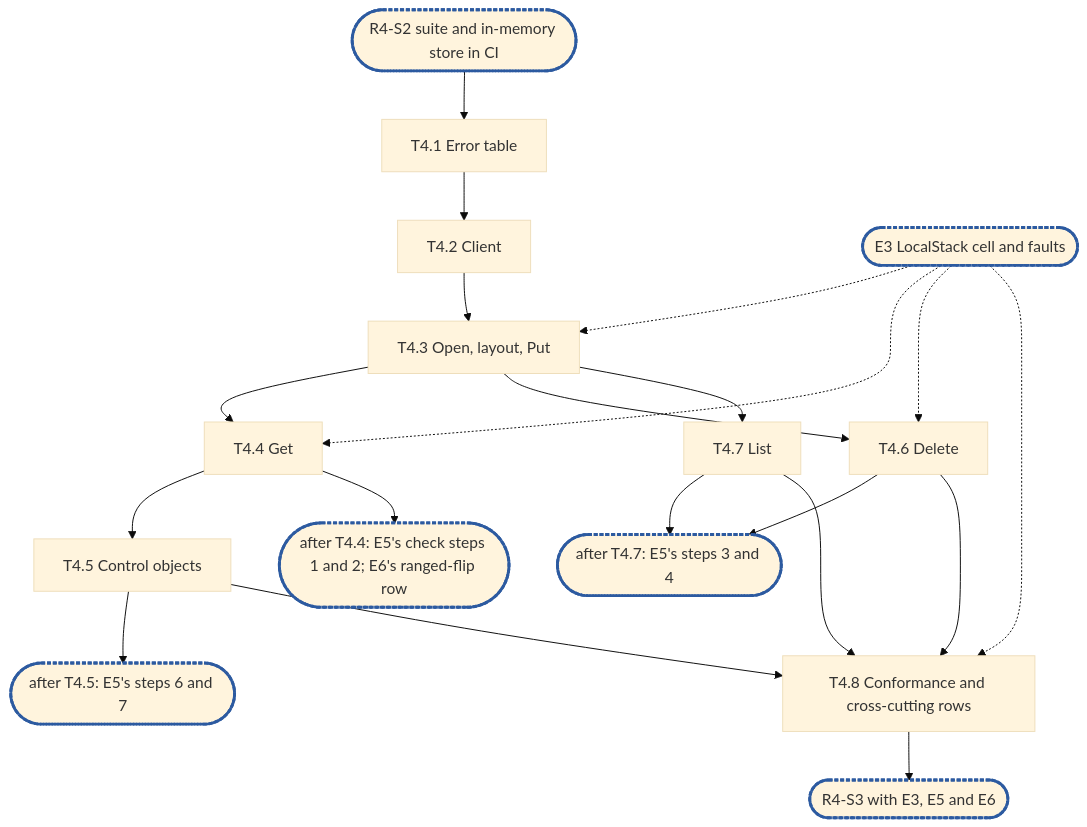
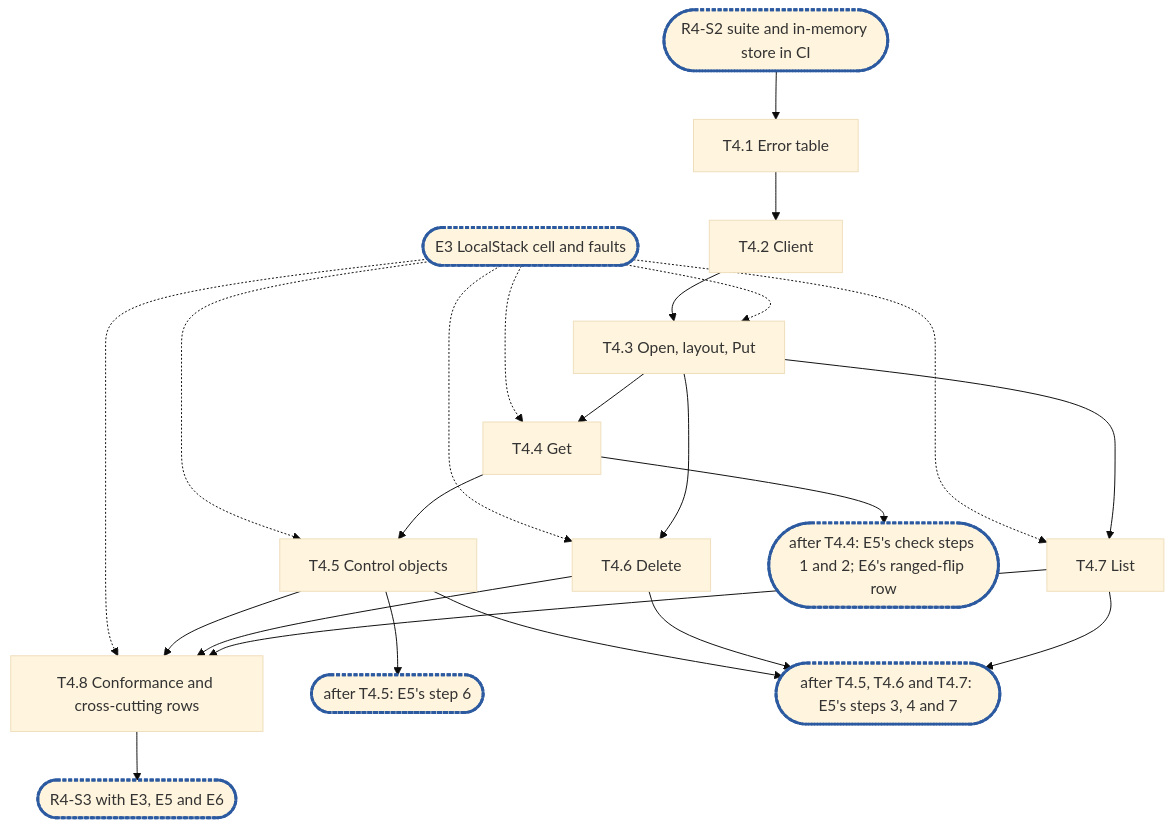
One commit to cubbit/dittofs changed the diagram in .planning/rfc-4-remote-tier-epic4.md. Above: the diagram before and after it, drawn with Mermaid (base theme). The commit also changed other lines of this file, not shown here.

````diff
--- a/.planning/rfc-4-remote-tier-epic4.md
+++ b/.planning/rfc-4-remote-tier-epic4.md
@@ -662,17 +708,17 @@
 ```mermaid
 flowchart TD
   S2(["R4-S2 suite and in-memory store in CI"]):::sync --> T4_1["T4.1 Error table"]
   T4_1 --> T4_2["T4.2 Client"]
   T4_2 --> T4_3["T4.3 Open, layout, Put"]
-  E3(["E3 LocalStack cell and faults"]):::sync -.-> T4_3 & T4_4 & T4_6 & T4_8
+  E3(["E3 LocalStack cell and faults"]):::sync -.-> T4_3 & T4_4 & T4_5 & T4_6 & T4_7 & T4_8
   T4_3 --> T4_4["T4.4 Get"]
   T4_4 --> T4_5["T4.5 Control objects"]
   T4_4 --> C1(["after T4.4: E5's check steps 1 and 2; E6's ranged-flip row"]):::sync
-  T4_5 --> C2(["after T4.5: E5's steps 6 and 7"]):::sync
+  T4_5 --> C2(["after T4.5: E5's step 6"]):::sync
   T4_3 --> T4_6["T4.6 Delete"]
   T4_3 --> T4_7["T4.7 List"]
-  T4_6 & T4_7 --> C3(["after T4.7: E5's steps 3 and 4"]):::sync
+  T4_5 & T4_6 & T4_7 --> C3(["after T4.5, T4.6 and T4.7: E5's steps 3, 4 and 7"]):::sync
   T4_5 & T4_6 & T4_7 --> T4_8["T4.8 Conformance and cross-cutting rows"]
   T4_8 --> S3(["R4-S3 with E3, E5 and E6"]):::sync
   classDef sync stroke:#2c5aa0,stroke-width:3px,stroke-dasharray:4 2
 ```
````
